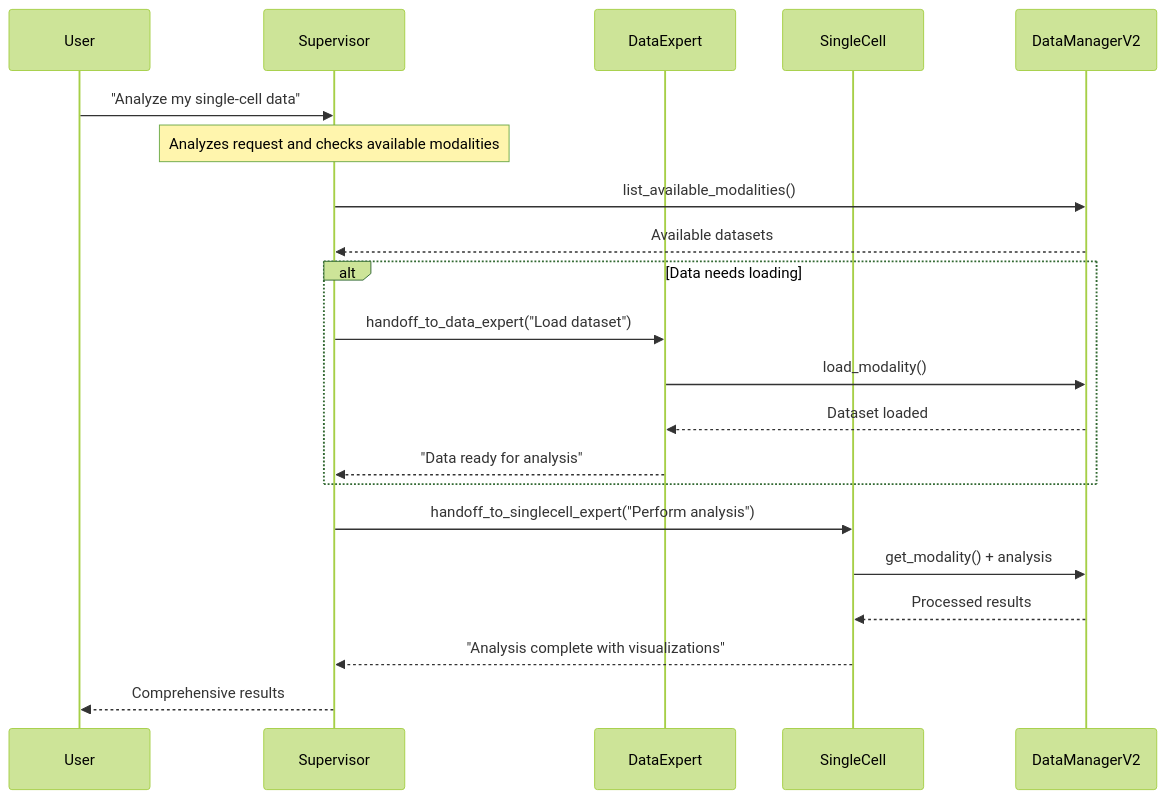
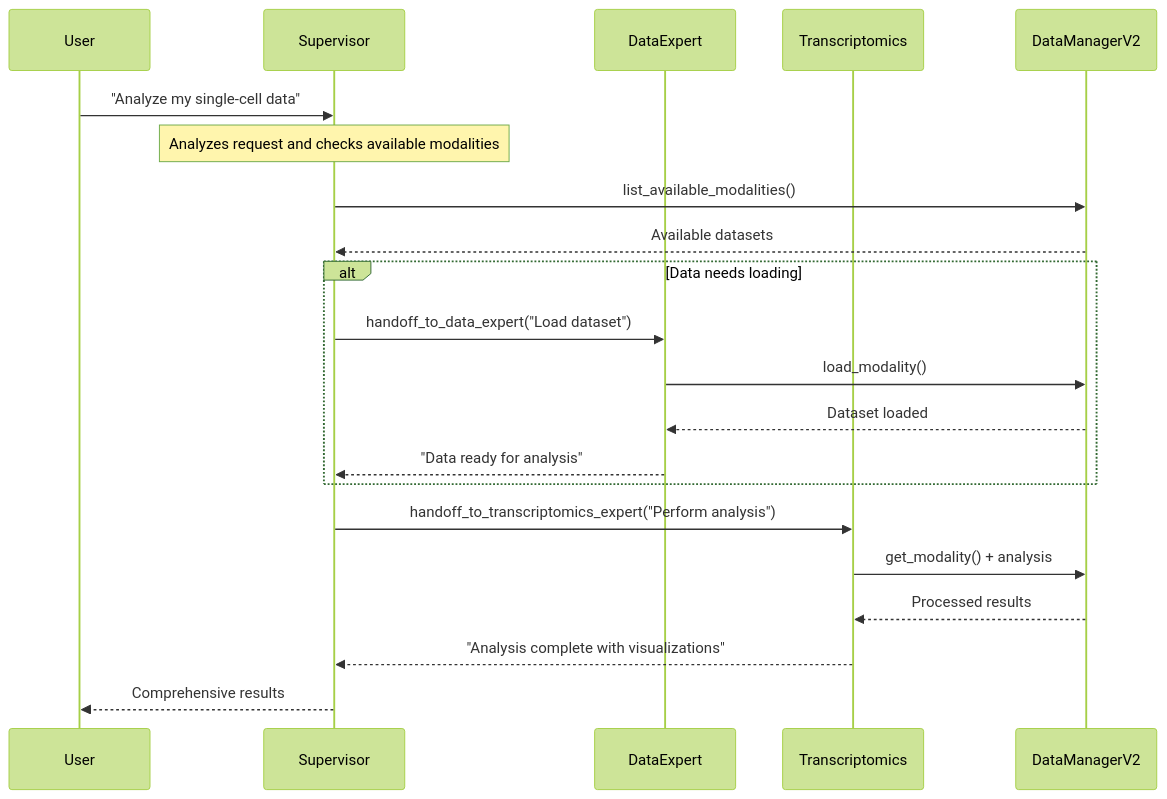
The fourth of 6 diagrams in wiki/19-agent-system.md (the-omics-os/lobster), drawn with Mermaid (forest theme) before and after one commit. The commit also changed other lines of this file and 28 other files, not shown here.

First line of the commit message:
docs(transcriptomics): migrate wiki and tests from deprecated agents to unified architecture

````diff
--- a/wiki/19-agent-system.md
+++ b/wiki/19-agent-system.md
@@ -222,26 +222,26 @@
 ```mermaid
 sequenceDiagram
     participant User
     participant Supervisor
     participant DataExpert
-    participant SingleCell
+    participant Transcriptomics
     participant DataManagerV2
 
     User->>Supervisor: "Analyze my single-cell data"
     Note over Supervisor: Analyzes request and checks available modalities
     Supervisor->>DataManagerV2: list_available_modalities()
     DataManagerV2-->>Supervisor: Available datasets
 
     alt Data needs loading
         Supervisor->>DataExpert: handoff_to_data_expert("Load dataset")
         DataExpert->>DataManagerV2: load_modality()
         DataManagerV2-->>DataExpert: Dataset loaded
         DataExpert-->>Supervisor: "Data ready for analysis"
     end
 
-    Supervisor->>SingleCell: handoff_to_singlecell_expert("Perform analysis")
-    SingleCell->>DataManagerV2: get_modality() + analysis
-    DataManagerV2-->>SingleCell: Processed results
-    SingleCell-->>Supervisor: "Analysis complete with visualizations"
+    Supervisor->>Transcriptomics: handoff_to_transcriptomics_expert("Perform analysis")
+    Transcriptomics->>DataManagerV2: get_modality() + analysis
+    DataManagerV2-->>Transcriptomics: Processed results
+    Transcriptomics-->>Supervisor: "Analysis complete with visualizations"
     Supervisor-->>User: Comprehensive results
 ```
````
